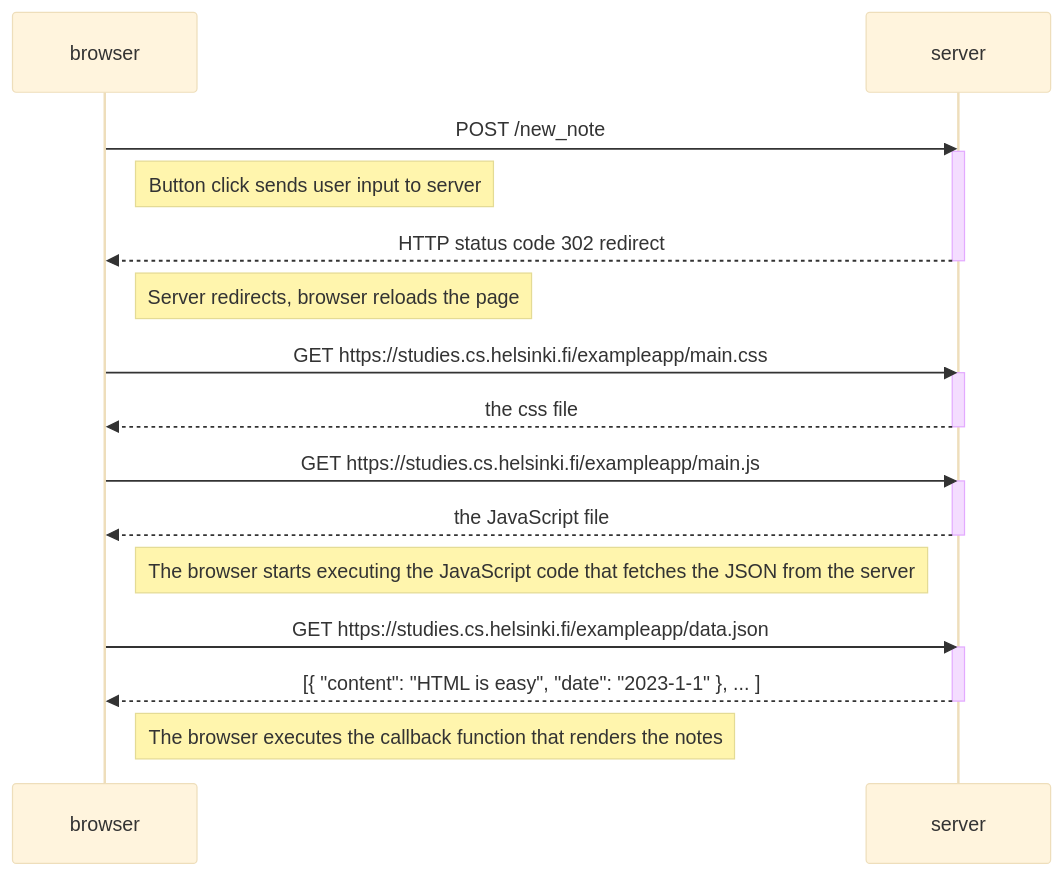
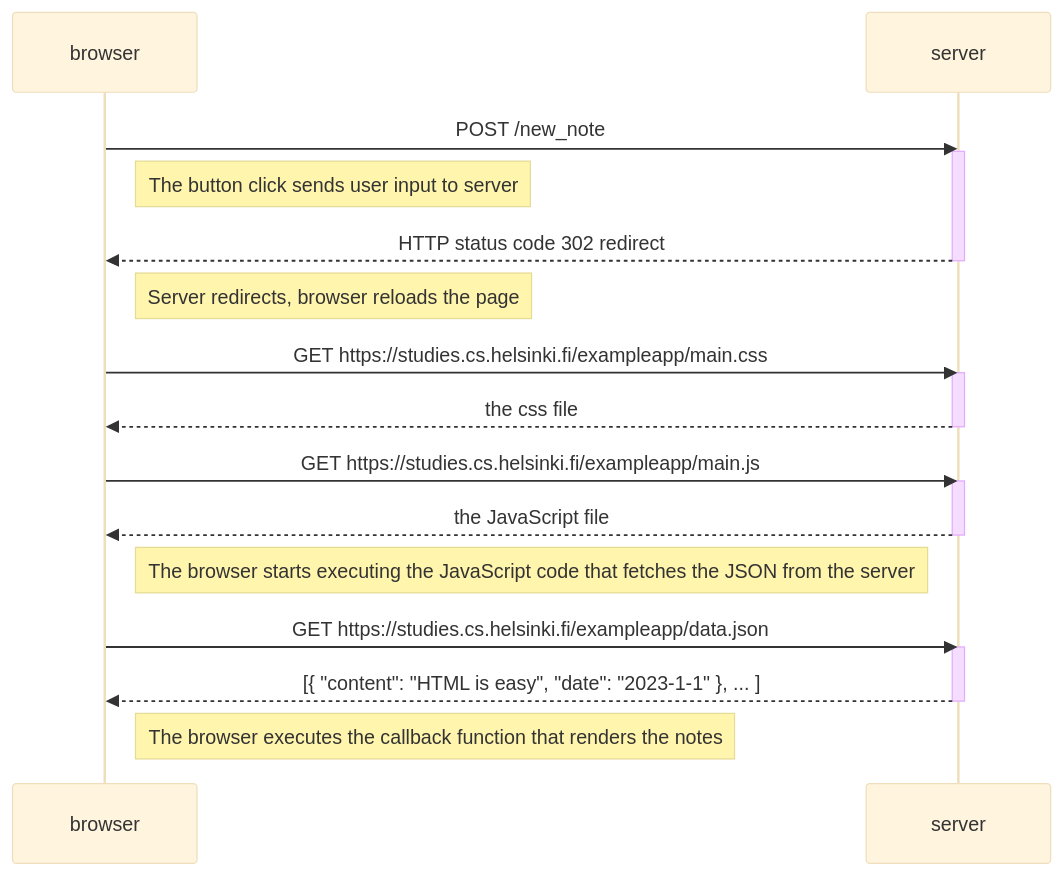
Before and after one commit to daniellandsman1/full-stack-open: the diagram in part0/exercise-0.4.md, drawn with Mermaid (base theme). The commit also changed other lines of this file, not shown here.

````diff
--- a/part0/exercise-0.4.md
+++ b/part0/exercise-0.4.md
@@ -4,34 +4,34 @@
 ```mermaid
 sequenceDiagram
     participant browser
     participant server
 
     browser->>server: POST /new_note
     activate server
 
-    Note right of browser: Button click sends user input to server
+    Note right of browser: The button click sends user input to server
 
     server-->>browser: HTTP status code 302 redirect
     deactivate server
 
     Note right of browser: Server redirects, browser reloads the page
 
     browser->>server: GET https://studies.cs.helsinki.fi/exampleapp/main.css
     activate server
     server-->>browser: the css file
     deactivate server
 
     browser->>server: GET https://studies.cs.helsinki.fi/exampleapp/main.js
     activate server
     server-->>browser: the JavaScript file
     deactivate server
 
     Note right of browser: The browser starts executing the JavaScript code that fetches the JSON from the server
 
     browser->>server: GET https://studies.cs.helsinki.fi/exampleapp/data.json
     activate server
     server-->>browser: [{ "content": "HTML is easy", "date": "2023-1-1" }, ... ]
     deactivate server
 
     Note right of browser: The browser executes the callback function that renders the notes
 ```
````
